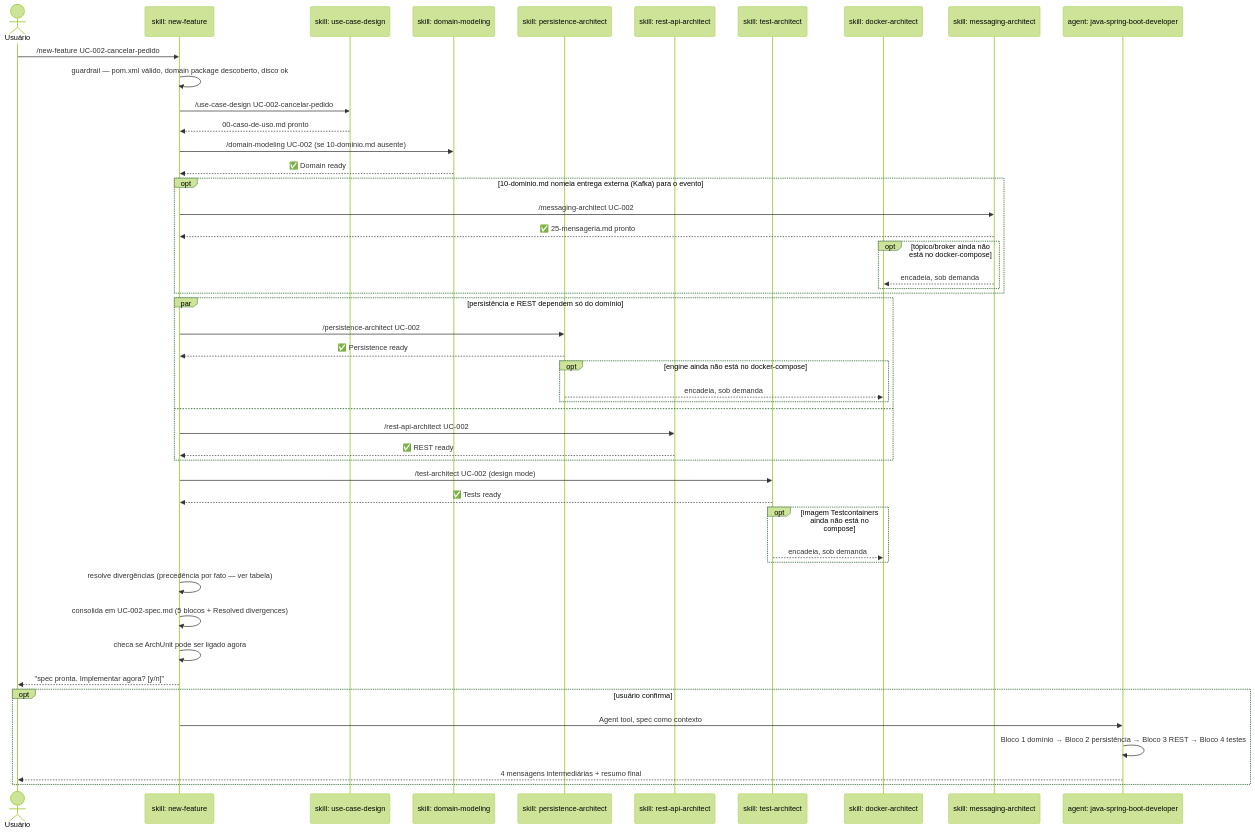
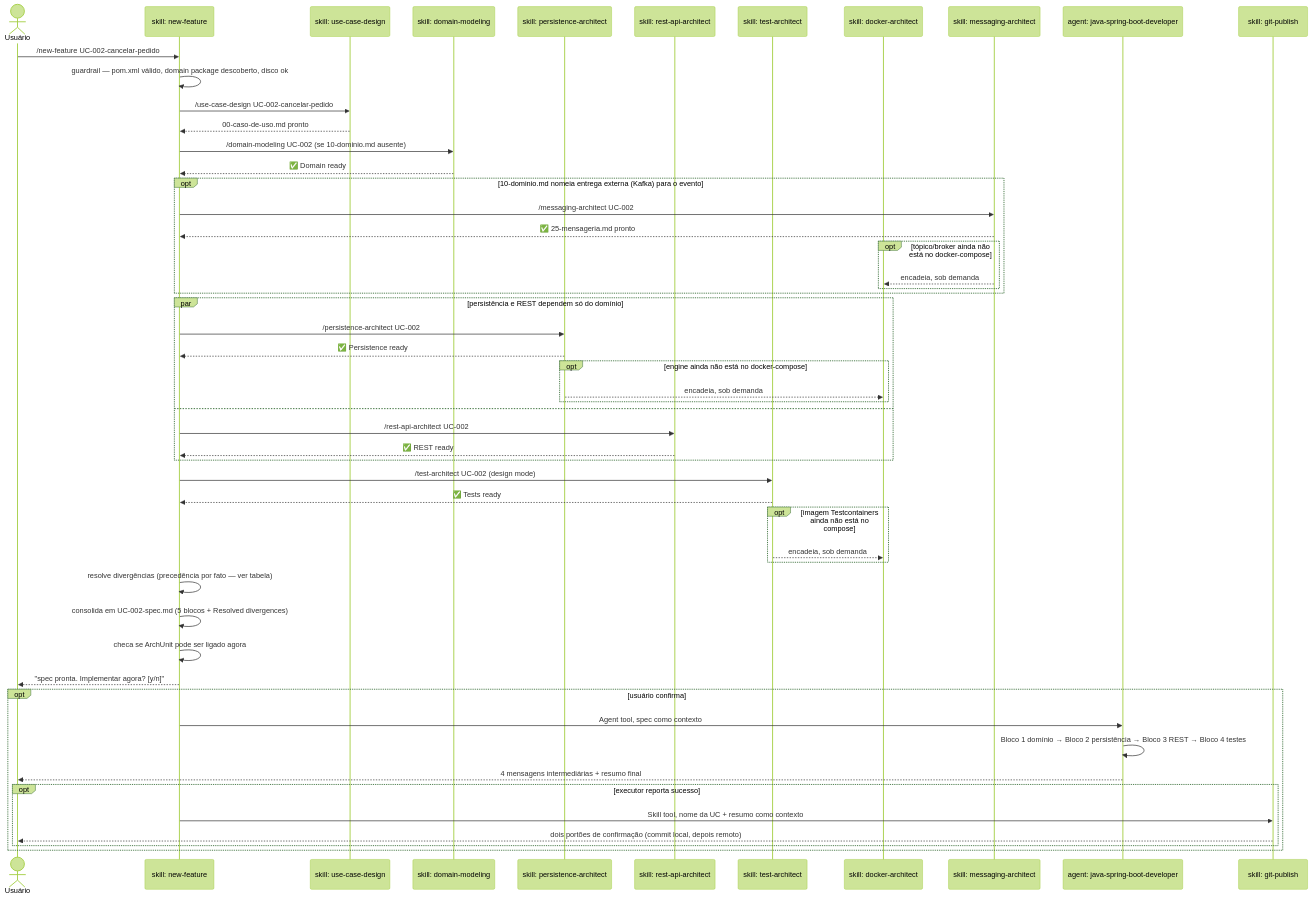
One commit to ice-lfernandes/claude-spring-architect changed the diagram in docs/03-new-feature.md. Above: the diagram before and after it, drawn with Mermaid (forest theme). The commit also changed other lines of this file and 26 other files, not shown here.

````diff
--- a/docs/03-new-feature.md
+++ b/docs/03-new-feature.md
@@ -24,51 +24,56 @@
 ```mermaid
 sequenceDiagram
     actor U as Usuário
     participant NF as skill: new-feature
     participant UC as skill: use-case-design
     participant DOM as skill: domain-modeling
     participant PER as skill: persistence-architect
     participant REST as skill: rest-api-architect
     participant TST as skill: test-architect
     participant DOCK as skill: docker-architect
     participant MSG as skill: messaging-architect
     participant DEV as agent: java-spring-boot-developer
+    participant GIT as skill: git-publish
 
     U->>NF: /new-feature UC-002-cancelar-pedido
     NF->>NF: guardrail — pom.xml válido, domain package descoberto, disco ok
     NF->>UC: /use-case-design UC-002-cancelar-pedido
     UC-->>NF: 00-caso-de-uso.md pronto
     NF->>DOM: /domain-modeling UC-002 (se 10-dominio.md ausente)
     DOM-->>NF: ✅ Domain ready
     opt 10-dominio.md nomeia entrega externa (Kafka) para o evento
         NF->>MSG: /messaging-architect UC-002
         MSG-->>NF: ✅ 25-mensageria.md pronto
         opt tópico/broker ainda não está no docker-compose
             MSG-->>DOCK: encadeia, sob demanda
         end
     end
     par persistência e REST dependem só do domínio
         NF->>PER: /persistence-architect UC-002
         PER-->>NF: ✅ Persistence ready
         opt engine ainda não está no docker-compose
             PER-->>DOCK: encadeia, sob demanda
         end
     and
         NF->>REST: /rest-api-architect UC-002
         REST-->>NF: ✅ REST ready
     end
     NF->>TST: /test-architect UC-002 (design mode)
     TST-->>NF: ✅ Tests ready
     opt imagem Testcontainers ainda não está no compose
         TST-->>DOCK: encadeia, sob demanda
     end
     NF->>NF: resolve divergências (precedência por fato — ver tabela)
     NF->>NF: consolida em UC-002-spec.md (5 blocos + Resolved divergences)
     NF->>NF: checa se ArchUnit pode ser ligado agora
     NF-->>U: "spec pronta. Implementar agora? [y/n]"
     opt usuário confirma
         NF->>DEV: Agent tool, spec como contexto
         DEV->>DEV: Bloco 1 domínio → Bloco 2 persistência → Bloco 3 REST → Bloco 4 testes
         DEV-->>U: 4 mensagens intermediárias + resumo final
+        opt executor reporta sucesso
+            NF->>GIT: Skill tool, nome da UC + resumo como contexto
+            GIT-->>U: dois portões de confirmação (commit local, depois remoto)
+        end
     end
 ```
````
